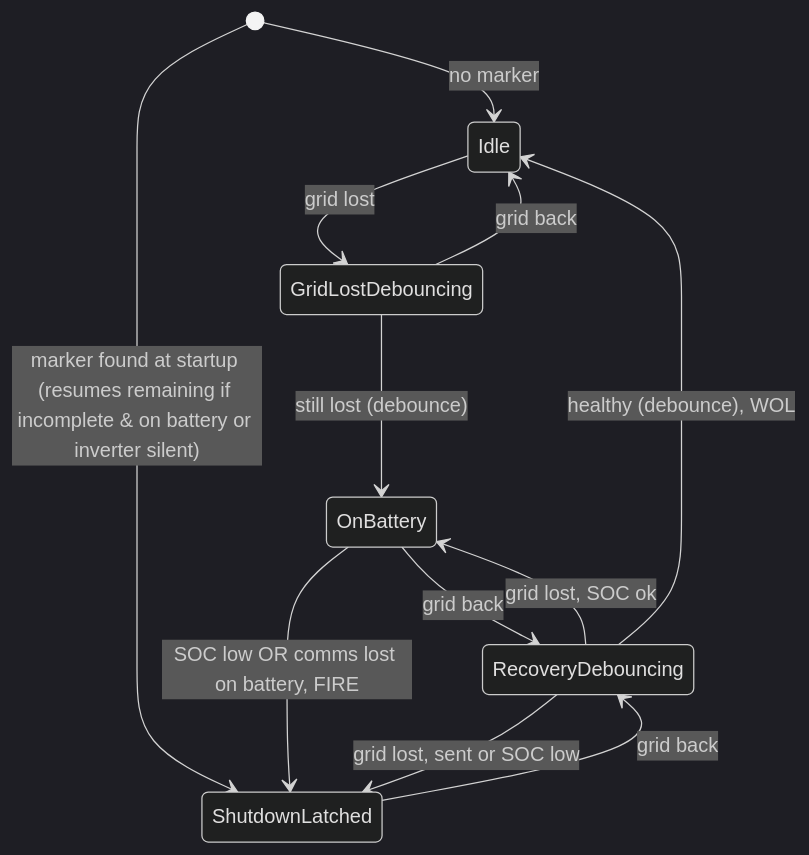
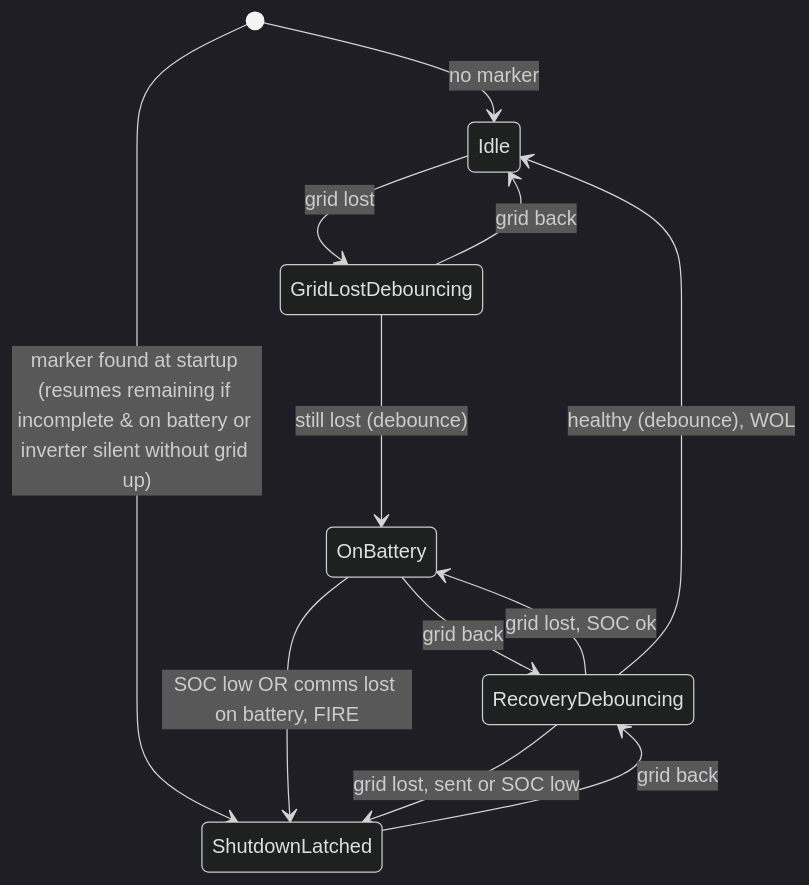
The third of 3 diagrams in README.md (dimon757/modbus-ups-nut), drawn with Mermaid (dark theme) before and after one commit. The commit also changed other lines of this file and 3 other files, not shown here.

Commit message:
Align flowcharts, state diagrams, and documentation with comms-loss grid-up sparing and marker write skipping

````diff
--- a/README.md
+++ b/README.md
@@ -108,14 +110,14 @@
 ```mermaid
 stateDiagram-v2
     [*] --> Idle : no marker
-    [*] --> ShutdownLatched : marker found at startup (resumes remaining if incomplete & on battery or inverter silent)
+    [*] --> ShutdownLatched : marker found at startup (resumes remaining if incomplete & on battery or inverter silent without grid up)
     Idle --> GridLostDebouncing : grid lost
     GridLostDebouncing --> Idle : grid back
     GridLostDebouncing --> OnBattery : still lost (debounce)
     OnBattery --> RecoveryDebouncing : grid back
     OnBattery --> ShutdownLatched : SOC low OR comms lost on battery, FIRE
     ShutdownLatched --> RecoveryDebouncing : grid back
     RecoveryDebouncing --> ShutdownLatched : grid lost, sent or SOC low
     RecoveryDebouncing --> OnBattery : grid lost, SOC ok
     RecoveryDebouncing --> Idle : healthy (debounce), WOL
 ```
````
